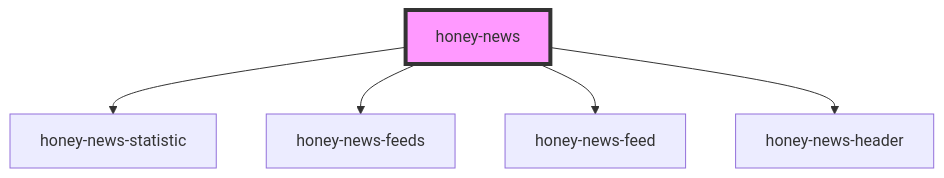
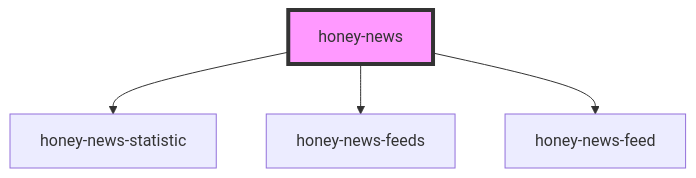
One commit to Huluvu424242/huluvu424242.github.io changed the diagram in src/components/honey-news/readme.md. Above: the diagram before and after it, drawn with Mermaid. The commit also changed other lines of this file and 16 other files, not shown here.

````diff
--- a/src/components/honey-news/readme.md
+++ b/src/components/honey-news/readme.md
@@ -23,8 +22,7 @@
 ```mermaid
 graph TD;
   honey-news --> honey-news-statistic
   honey-news --> honey-news-feeds
   honey-news --> honey-news-feed
-  honey-news --> honey-news-header
   style honey-news fill:#f9f,stroke:#333,stroke-width:4px
 ```
````
